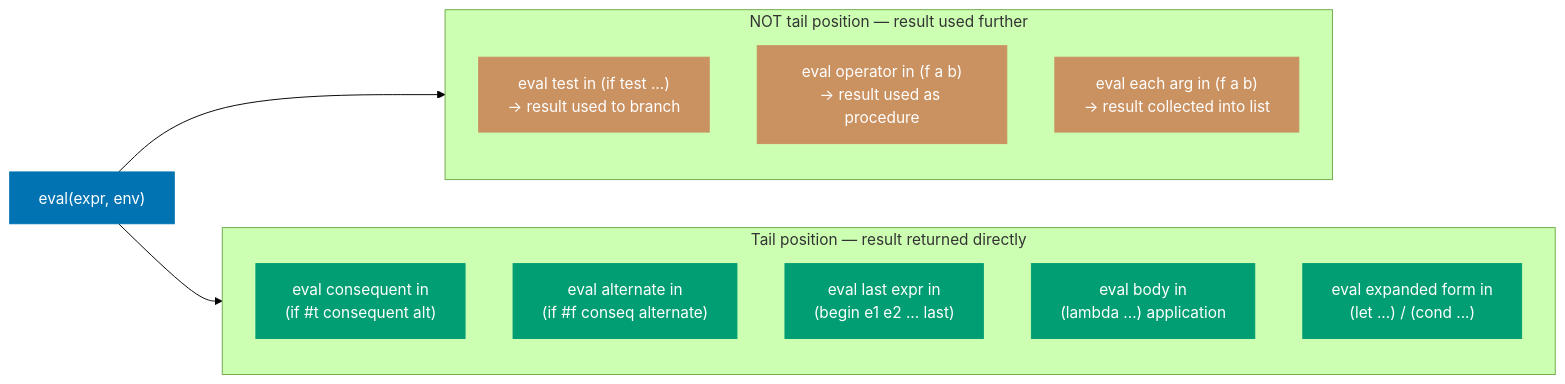
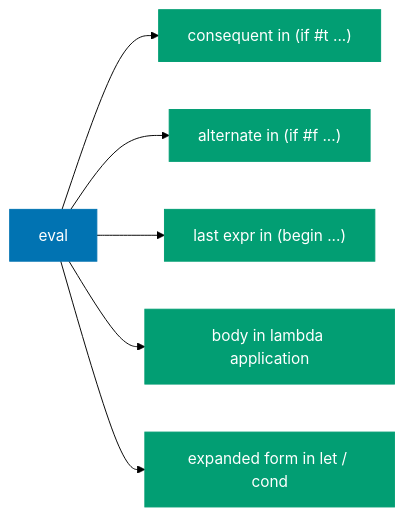
One commit to wahidyankf/open-sharia-enterprise changed the ninth of 21 diagrams in apps/ayokoding-web/content/en/learn/software-engineering/compilers-and-interpreters/lisp-interpreter-in-fsharp/part-6-tail-call-optimization.md. Above: the diagram before and after it, drawn with Mermaid (forest theme). The commit also changed other lines of this file and 6 other files, not shown here.

First line of the commit message:
fix(ayokoding-web): fix mermaid parse errors and split comparison diagrams

````diff
--- a/apps/ayokoding-web/content/en/learn/software-engineering/compilers-and-interpreters/lisp-interpreter-in-fsharp/part-6-tail-call-optimization.md
+++ b/apps/ayokoding-web/content/en/learn/software-engineering/compilers-and-interpreters/lisp-interpreter-in-fsharp/part-6-tail-call-optimization.md
@@ -128,30 +139,14 @@
 ```mermaid
 %% Color palette: Blue #0173B2, Orange #DE8F05, Teal #029E73, Purple #CC78BC, Brown #CA9161, Gray #808080
 flowchart LR
-    EV["eval(expr, env)"]
-
-    subgraph NotTailPos["NOT tail position — result used further"]
-        NT1["eval test in (if test ...)\n→ result used to branch"]
-        NT2["eval operator in (f a b)\n→ result used as procedure"]
-        NT3["eval each arg in (f a b)\n→ result collected into list"]
-    end
-
-    subgraph TailPos["Tail position — result returned directly"]
-        TP1["eval consequent in\n(if #t consequent alt)"]
-        TP2["eval alternate in\n(if #f conseq alternate)"]
-        TP3["eval last expr in\n(begin e1 e2 ... last)"]
-        TP4["eval body in\n(lambda ...) application"]
-        TP5["eval expanded form in\n(let ...) / (cond ...)"]
-    end
-
-    EV --> NotTailPos
-    EV --> TailPos
+    EV["eval"] --> TP1["consequent in (if #t ...)"]
+    EV --> TP2["alternate in (if #f ...)"]
+    EV --> TP3["last expr in (begin ...)"]
+    EV --> TP4["body in lambda application"]
+    EV --> TP5["expanded form in let / cond"]
 
     classDef blue fill:#0173B2,color:#fff,stroke:#0173B2
-    classDef brown fill:#CA9161,color:#fff,stroke:#CA9161
     classDef teal fill:#029E73,color:#fff,stroke:#029E73
-
     class EV blue
-    class NT1,NT2,NT3 brown
     class TP1,TP2,TP3,TP4,TP5 teal
 ```
````
